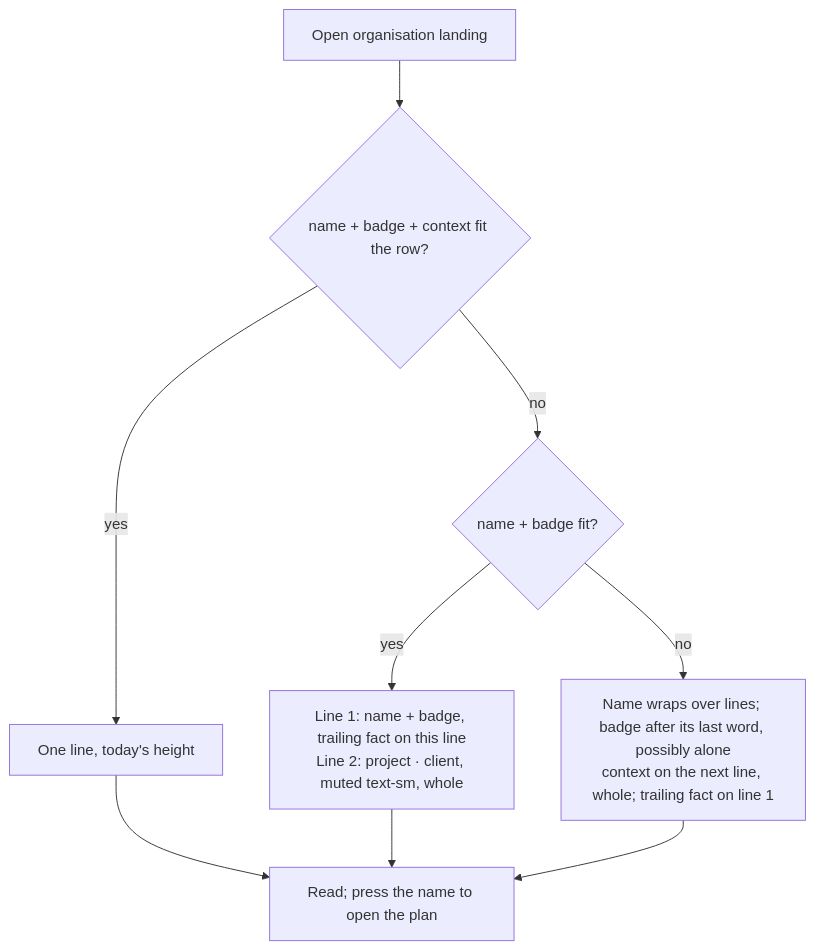
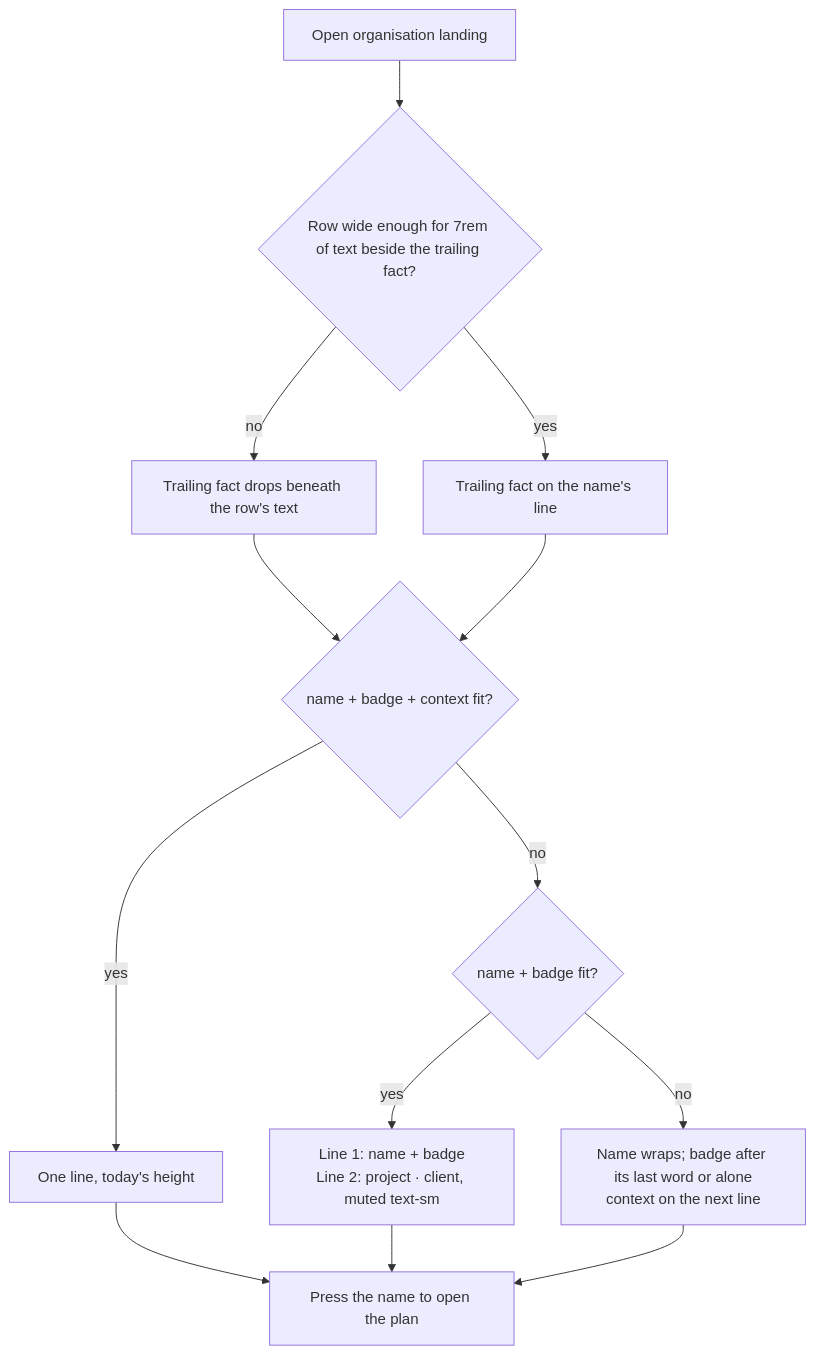
The third of 3 diagrams in docs/specs/row-subject-truncation/feature-spec.md (HuttonHomeHub/SchedulePoint_1), drawn with Mermaid before and after one commit. The commit also changed other lines of this file and 1 other file, not shown here.

First line of the commit message:
docs(docs): approve the row-subject spec after the M0 photographs (#472)

````diff
--- a/docs/specs/row-subject-truncation/feature-spec.md
+++ b/docs/specs/row-subject-truncation/feature-spec.md
@@ -389,11 +360,15 @@
 ```mermaid
 flowchart TD
-  A[Open organisation landing] --> B{name + badge + context fit the row?}
+  A[Open organisation landing] --> N{Row wide enough for 7rem of text beside the trailing fact?}
+  N -- no --> T[Trailing fact drops beneath the row's text]
+  N -- yes --> L[Trailing fact on the name's line]
+  T --> B
+  L --> B{name + badge + context fit?}
   B -- yes --> C[One line, today's height]
   B -- no --> D{name + badge fit?}
-  D -- yes --> E[Line 1: name + badge, trailing fact on this line<br/>Line 2: project · client, muted text-sm, whole]
-  D -- no --> F[Name wraps over lines; badge after its last word, possibly alone<br/>context on the next line, whole; trailing fact on line 1]
-  C --> G[Read; press the name to open the plan]
+  D -- yes --> E[Line 1: name + badge<br/>Line 2: project · client, muted text-sm]
+  D -- no --> F[Name wraps; badge after its last word or alone<br/>context on the next line]
+  C --> G[Press the name to open the plan]
   E --> G
   F --> G
 ```
````
